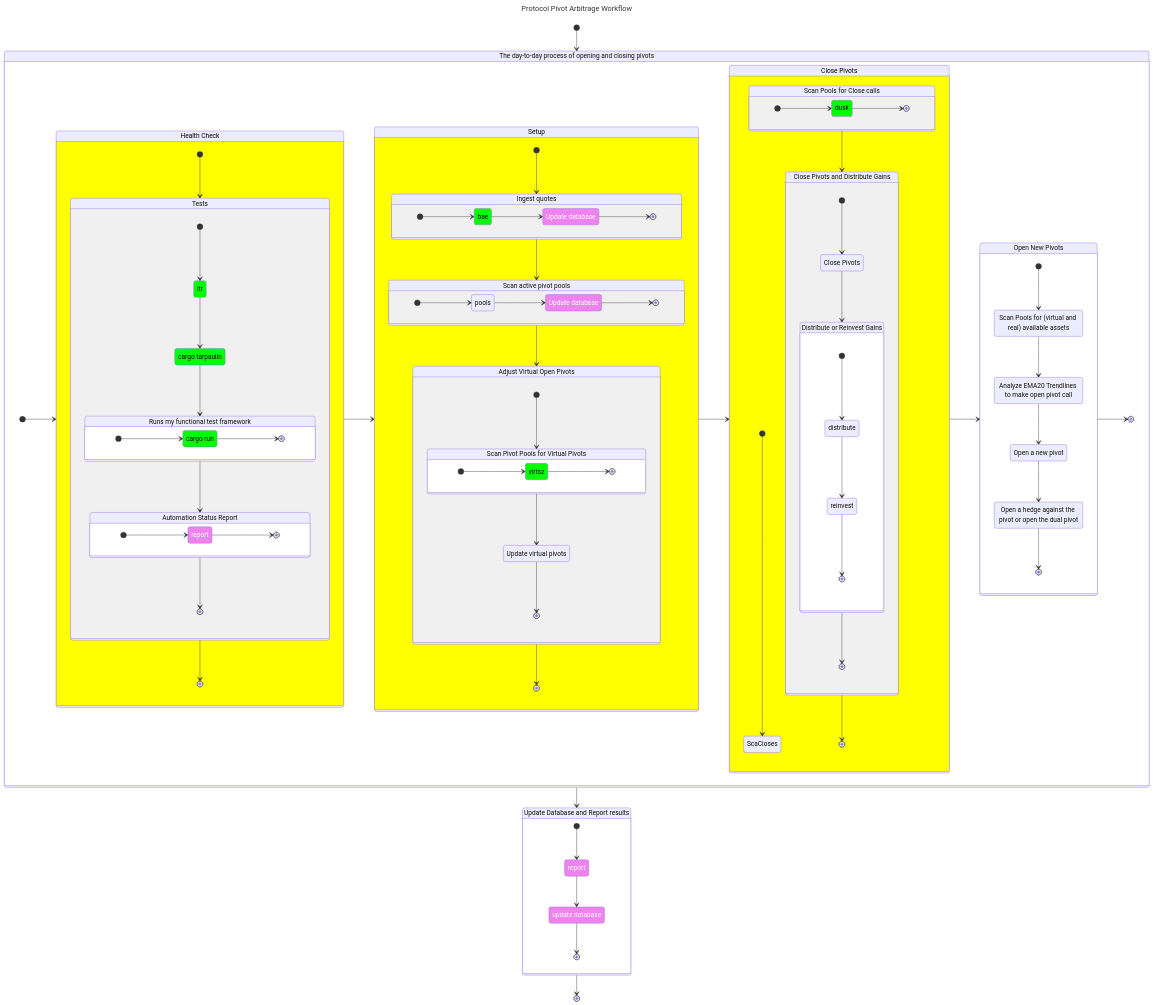
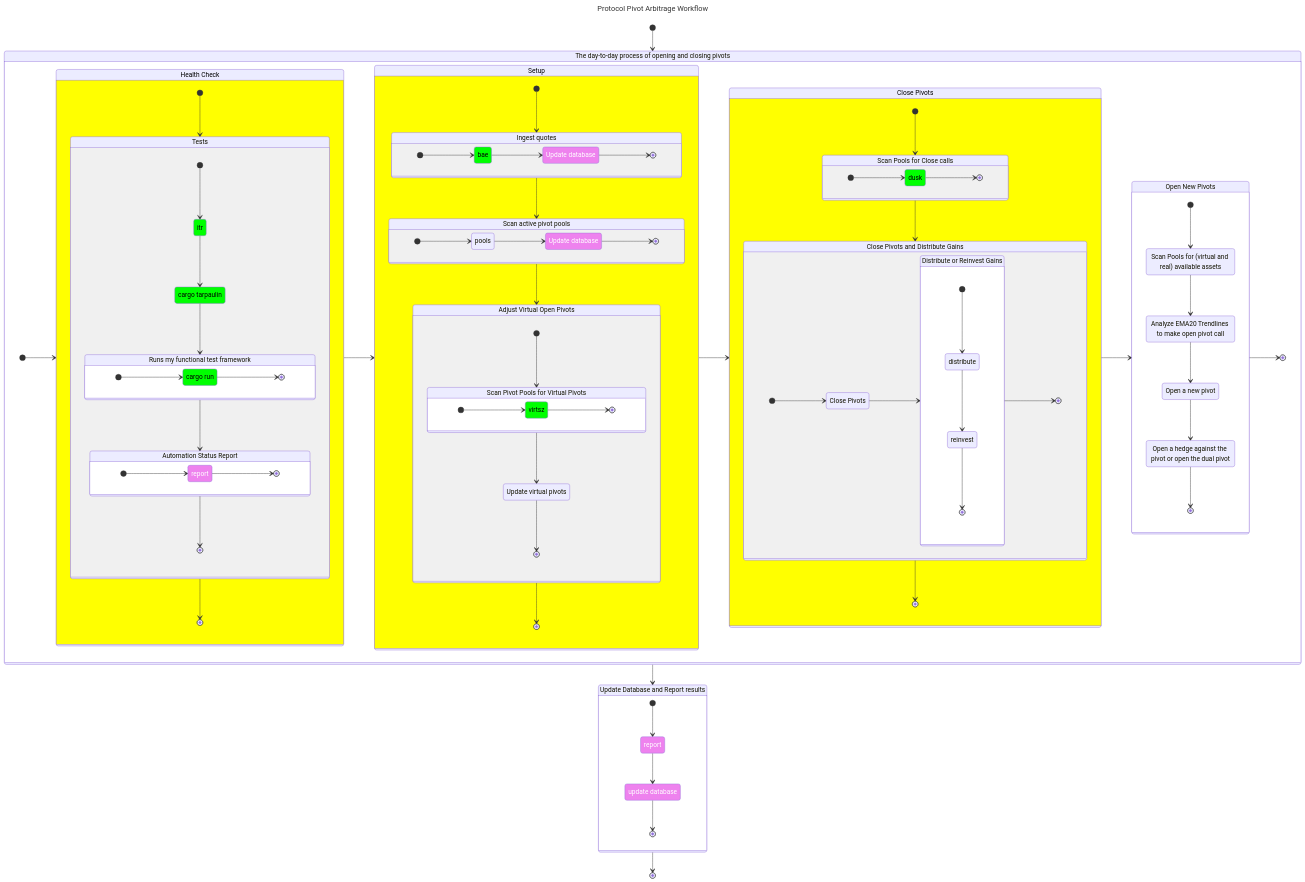
Before and after one commit to pivoteur/protocol: the diagram in dapps/README.md, drawn with Mermaid.

Commit message:
Corrected close-pivot model; made close-n-distribute LR-flow

```diff
--- a/dapps/README.md
+++ b/dapps/README.md
@@ -137,7 +137,7 @@
 
    Closes: Close Pivots
    state Closes {
-      [*] --> ScaCloses
+      [*] --> ScanCloses
       ScanCloses --> CloseAndDistribute
       CloseAndDistribute --> [*]
 
@@ -151,6 +151,8 @@
 
       CloseAndDistribute: Close Pivots and Distribute Gains
       state CloseAndDistribute {
+         direction LR
+
          [*] --> Close
          Close --> Distribute
          Distribute --> [*]
```
